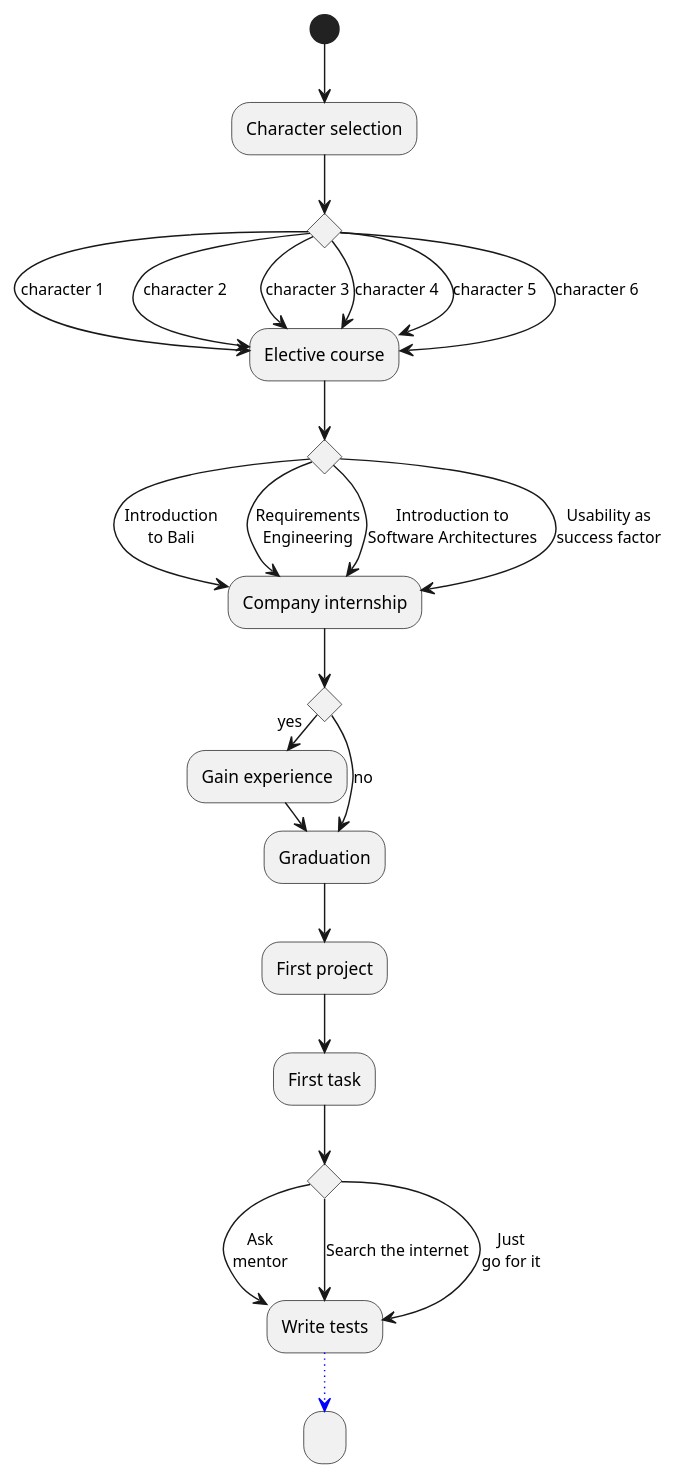
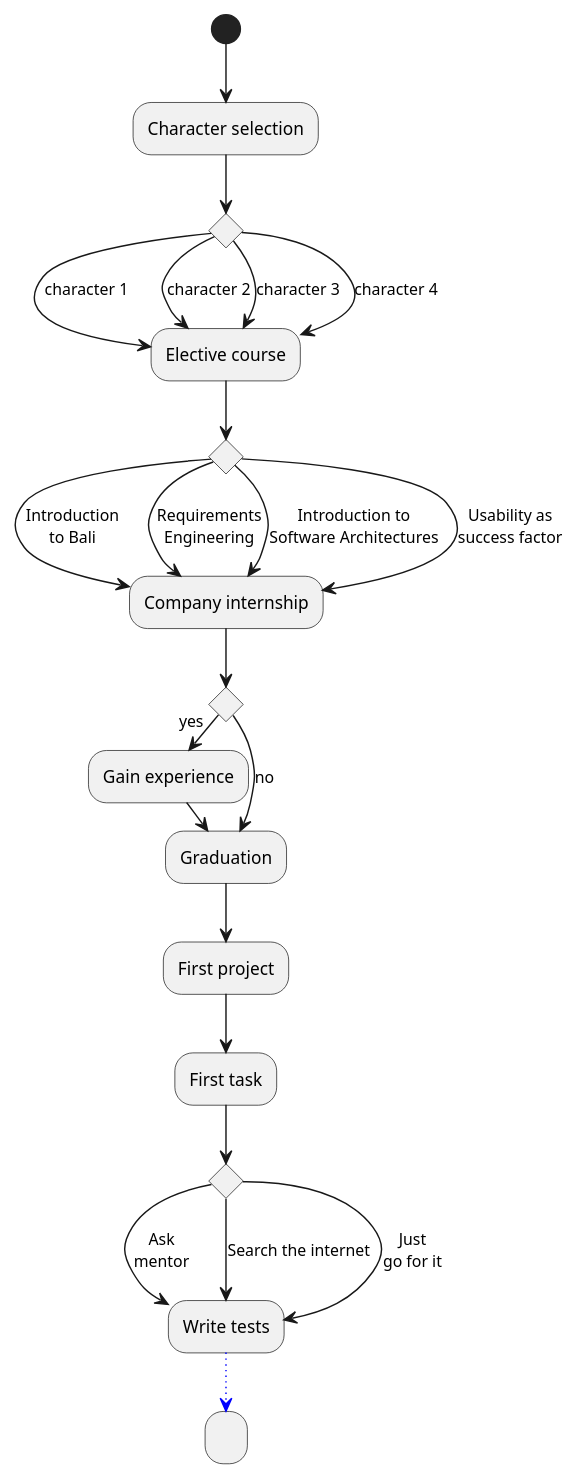
Before and after one commit to Brotenko/QualityQuest: the diagram in Docs/Technical Specifications/docs/diagrams/StoryFlow/StoryFlow_1.puml, drawn with PlantUML. The commit also changed 3 other files, not shown here.

Commit message:
Start of detailed storyflow diagrams.

```diff
--- a/Docs/Technical Specifications/docs/diagrams/StoryFlow/StoryFlow_1.puml
+++ b/Docs/Technical Specifications/docs/diagrams/StoryFlow/StoryFlow_1.puml
@@ -1,37 +1,33 @@
 @startuml
 (*) --> "Character selection"
 if "" then
 --> [character 1] "Elective course" as wpf
 else
 --> [character 2] wpf
 else
 --> [character 3] wpf
 else
 --> [character 4] wpf
-else
---> [character 5] wpf
-else
---> [character 6] wpf
 if "" then
 --> [Introduction\nto Bali] "Company internship" as fpr
 else
 --> [Requirements\nEngineering] fpr
 else
 --> [Introduction to\nSoftware Architectures] fpr
 else
 --> [Usability as\nsuccess factor] fpr
 if "" then
 -> [yes] "Gain experience" as n
 n -> "Graduation" as p
 else
 --> [no] p
 p --> "First project" as ep
 ep --> "First task" as ea
 if "" then
 --> [Ask\nmentor] "Write tests" as ts
 else
 --> [Search the internet] ts
 else
 --> [Just\ngo for it] ts
 -[#blue,dotted]-> "   "
 @enduml
```
